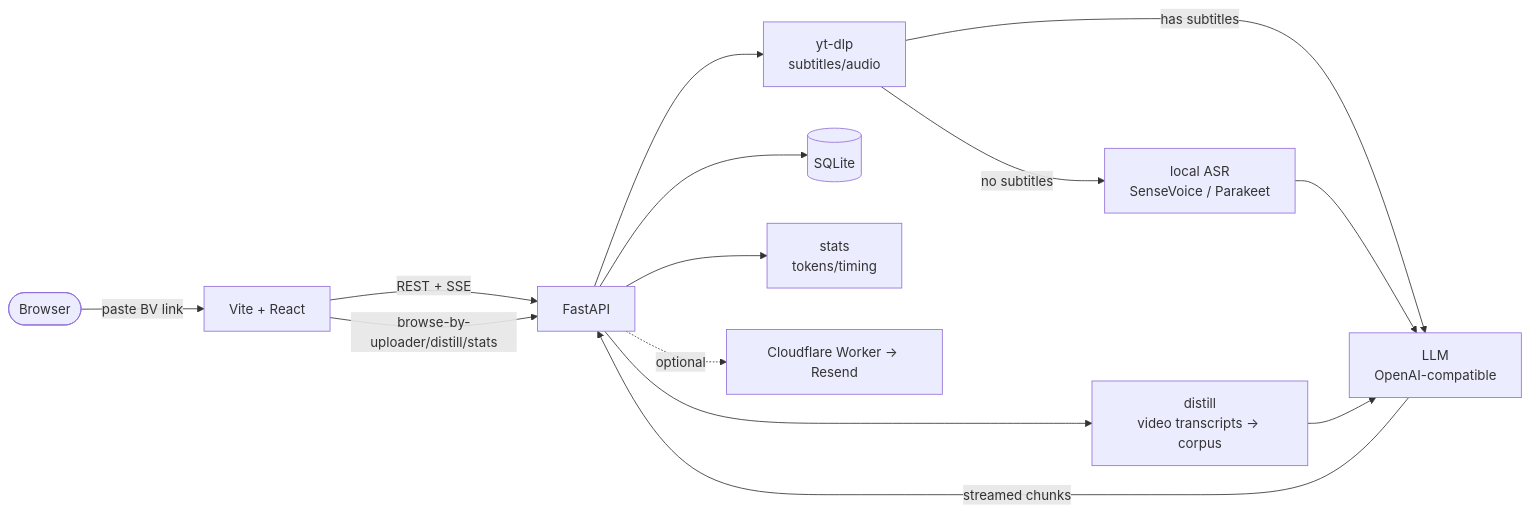
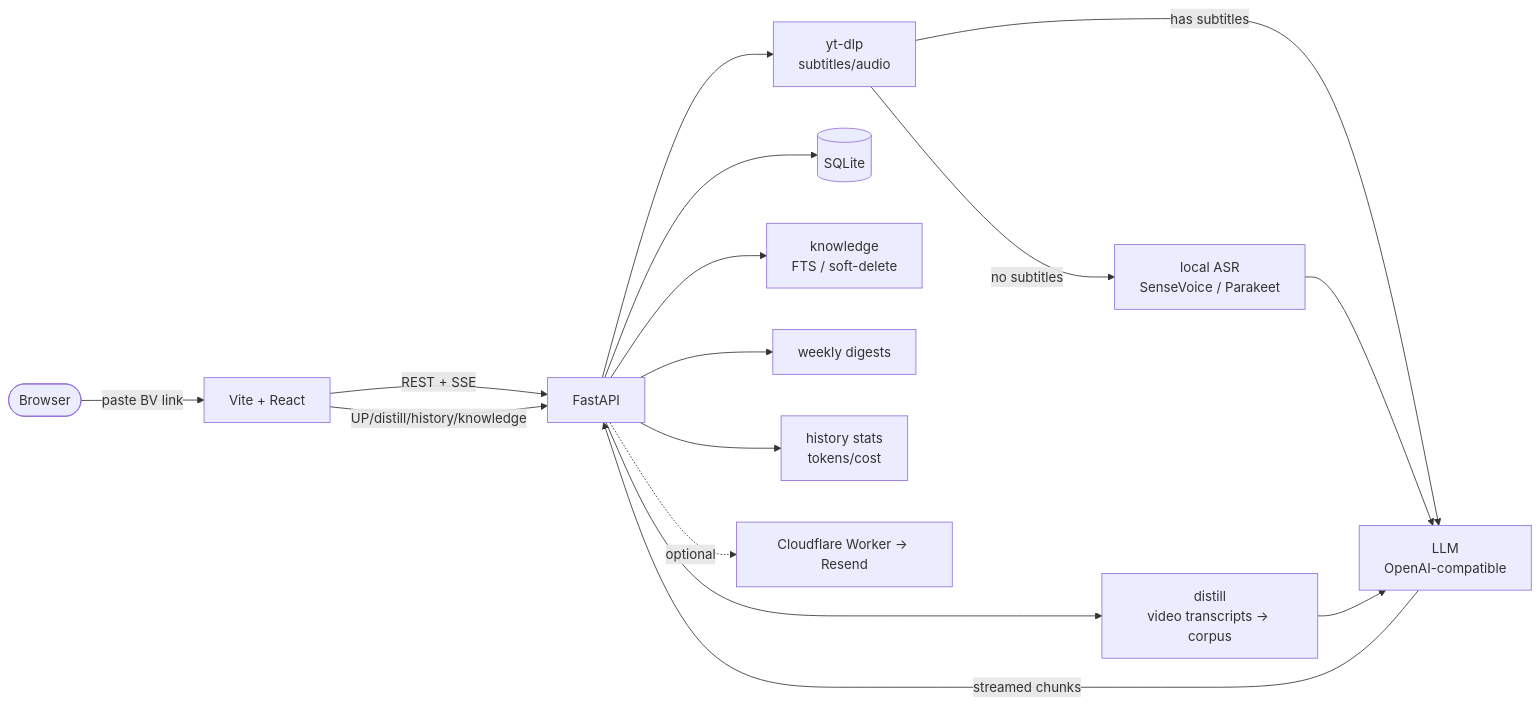
One commit to BazingaOrg/biri-youyaku changed the diagram in README.en.md. Above: the diagram before and after it, drawn with Mermaid. The commit also changed other lines of this file and 7 other files, not shown here.

First line of the commit message:
docs: align README and config with knowledge and weekly features

````diff
--- a/README.en.md
+++ b/README.en.md
@@ -110,16 +111,18 @@
 ```mermaid
 flowchart LR
     user([Browser]) -->|paste BV link| web[Vite + React]
     web -->|REST + SSE| api[FastAPI]
-    web -->|browse-by-uploader/distill/stats| api
+    web -->|UP/distill/history/knowledge| api
     api --> ytdlp[yt-dlp<br/>subtitles/audio]
     ytdlp -->|has subtitles| llm
     ytdlp -->|no subtitles| asr[local ASR<br/>SenseVoice / Parakeet]
     asr --> llm[LLM<br/>OpenAI-compatible]
     api --> distill[distill<br/>video transcripts → corpus]
     distill --> llm
     llm -->|streamed chunks| api
     api --> db[(SQLite)]
-    api --> stats[stats<br/>tokens/timing]
+    api --> knowledge[knowledge<br/>FTS / soft-delete]
+    api --> weekly[weekly digests]
+    api --> stats[history stats<br/>tokens/cost]
     api -. optional .-> mail[Cloudflare Worker → Resend]
 ```
````
